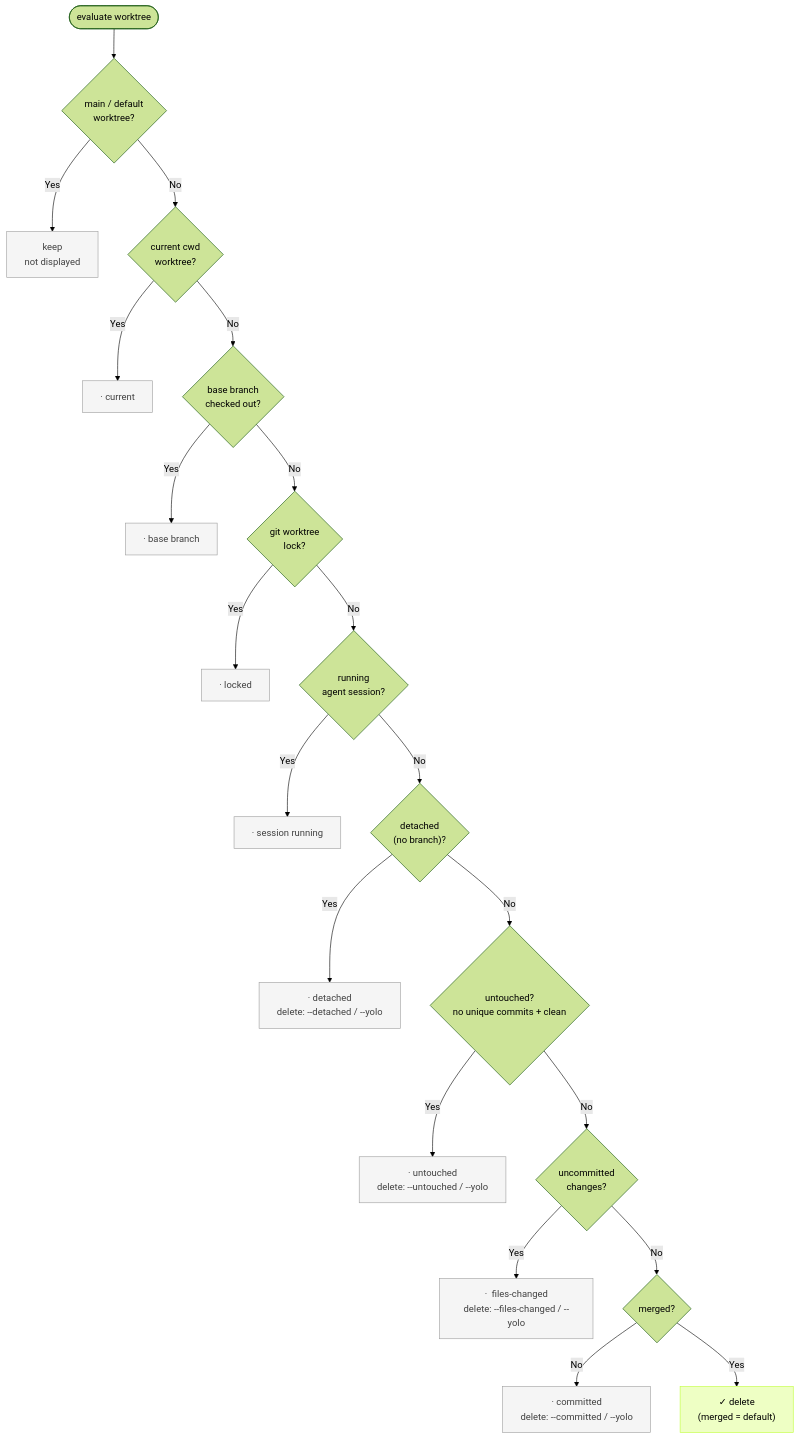
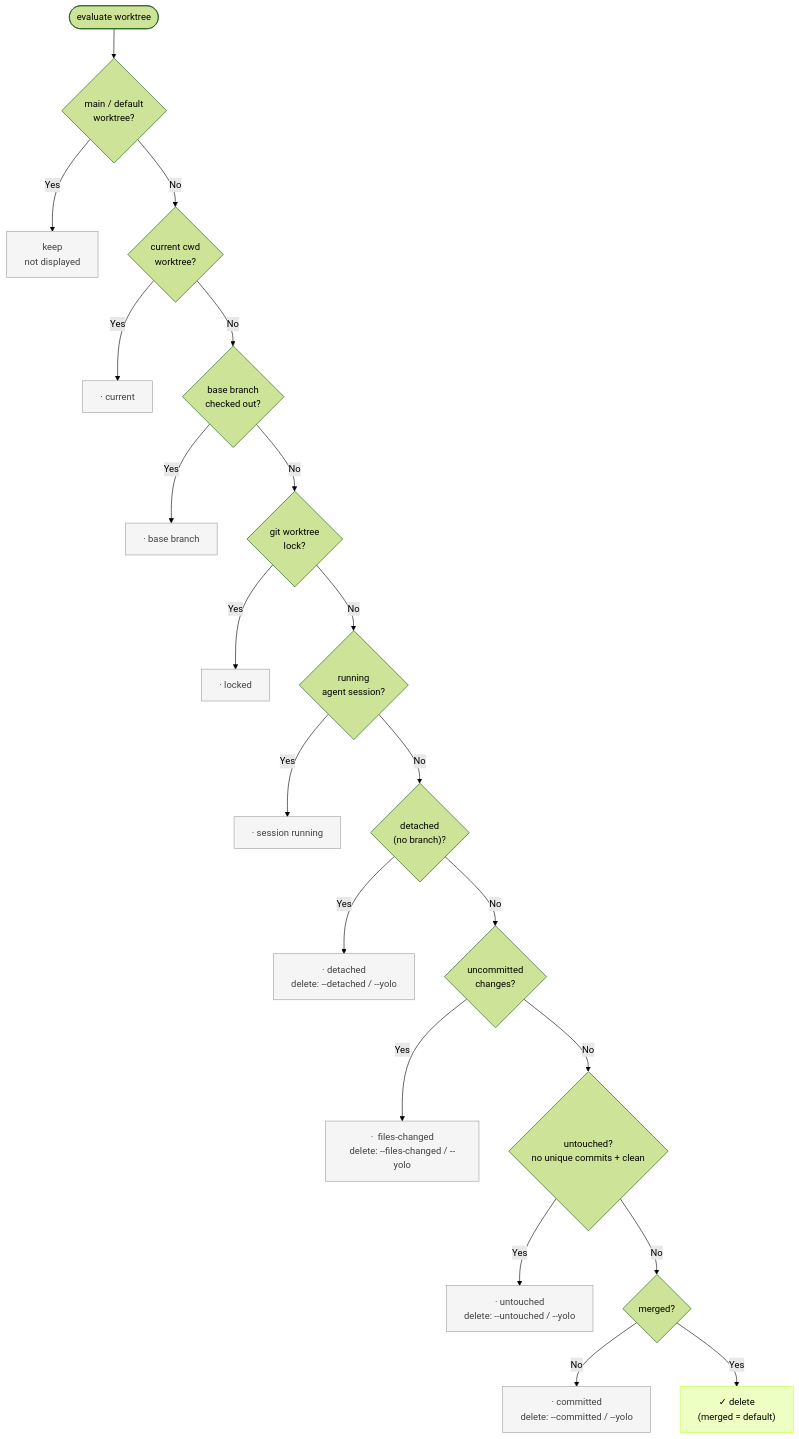
One commit to nozomiishii/git-harvest changed the diagram in README.md. Above: the diagram before and after it, drawn with Mermaid (forest theme). The commit also changed other lines of this file and 1 other file, not shown here.

````diff
--- a/README.md
+++ b/README.md
@@ -185,26 +171,26 @@
 ```mermaid
 flowchart TD
     Start([evaluate worktree]) --> Main{"main / default<br/>worktree?"}
     Main -->|Yes| KeepMain[keep<br/>not displayed]
     Main -->|No| Current{"current cwd<br/>worktree?"}
     Current -->|Yes| KeepCurrent["·  current"]
     Current -->|No| Base{"base branch<br/>checked out?"}
     Base -->|Yes| KeepBase["·  base branch"]
     Base -->|No| Locked{"git worktree<br/>lock?"}
     Locked -->|Yes| KeepLocked["·  locked"]
     Locked -->|No| Running{"running<br/>agent session?"}
     Running -->|Yes| KeepRunning["·  session running"]
     Running -->|No| Detached{"detached<br/>(no branch)?"}
     Detached -->|Yes| KeepDetached["·  detached<br/>delete: --detached / --yolo"]
-    Detached -->|No| Untouched{"untouched?<br/>no unique commits + clean"}
+    Detached -->|No| Files{"uncommitted<br/>changes?"}
+    Files -->|Yes| KeepFiles["·  files-changed<br/>delete: --files-changed / --yolo"]
+    Files -->|No| Untouched{"untouched?<br/>no unique commits + clean"}
     Untouched -->|Yes| KeepUntouched["·  untouched<br/>delete: --untouched / --yolo"]
-    Untouched -->|No| Files{"uncommitted<br/>changes?"}
-    Files -->|Yes| KeepFiles["·  files-changed<br/>delete: --files-changed / --yolo"]
-    Files -->|No| Merged{"merged?"}
+    Untouched -->|No| Merged{"merged?"}
     Merged -->|No| KeepCommitted["·  committed<br/>delete: --committed / --yolo"]
     Merged -->|Yes| DeleteMerged["✓  delete<br/>(merged = default)"]
     classDef keep fill:#f5f5f5,stroke:#9e9e9e,color:#424242
     classDef delete fill:#eeffc4,stroke:#C0FF39,color:#000
     class KeepMain,KeepCurrent,KeepBase,KeepLocked,KeepRunning,KeepDetached,KeepUntouched,KeepFiles,KeepCommitted keep
     class DeleteMerged delete
 ```
````
